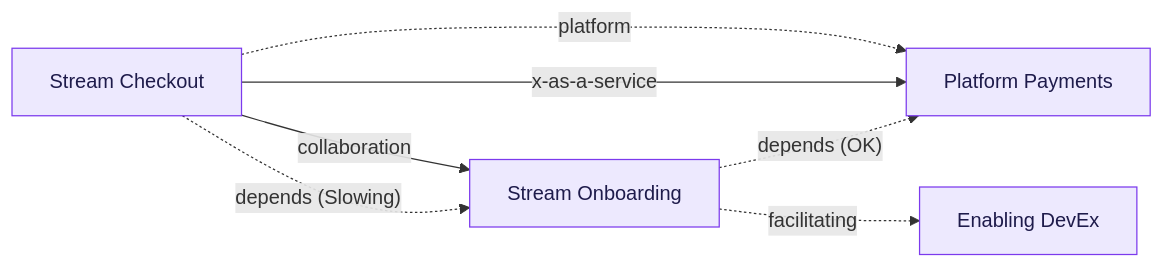
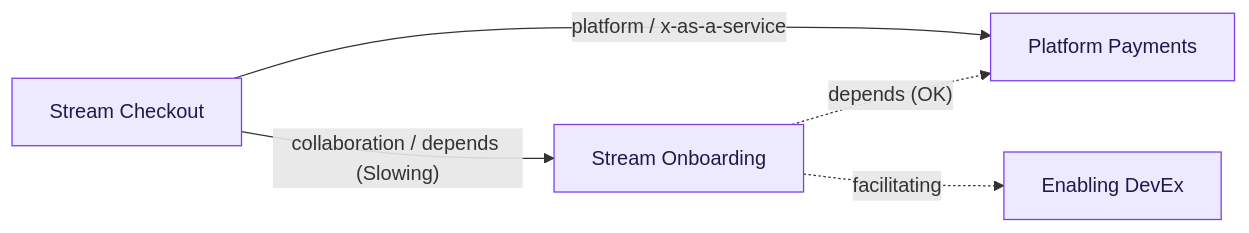
Before and after one commit to JGalego/TeamAPI: the first of 4 diagrams in README.md, drawn with Mermaid. The commit also changed 3 other files, not shown here.

First line of the commit message:
Fix Mermaid diagrams with parallel edges failing to render on GitHub

````diff
--- a/README.md
+++ b/README.md
@@ -76,14 +76,12 @@
 ```mermaid
 flowchart LR
   enabling_devex["Enabling DevEx"]
   platform_payments["Platform Payments"]
   stream_checkout["Stream Checkout"]
   stream_onboarding["Stream Onboarding"]
-  stream_checkout -.->|"platform"| platform_payments
-  stream_checkout -->|"x-as-a-service"| platform_payments
-  stream_checkout -->|"collaboration"| stream_onboarding
-  stream_checkout -.->|"depends (Slowing)"| stream_onboarding
+  stream_checkout -->|"platform / x-as-a-service"| platform_payments
+  stream_checkout -->|"collaboration / depends (Slowing)"| stream_onboarding
   stream_onboarding -.->|"facilitating"| enabling_devex
   stream_onboarding -.->|"depends (OK)"| platform_payments
   classDef default fill:#ede9fe,stroke:#7c3aed,stroke-width:1px,color:#1e1b4b;
 ```
````
